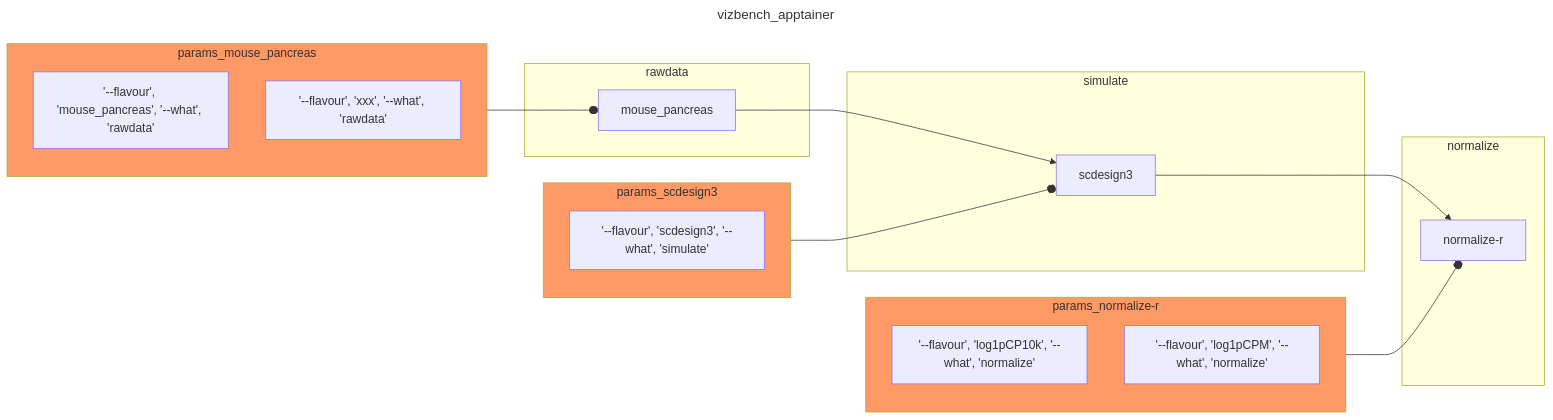
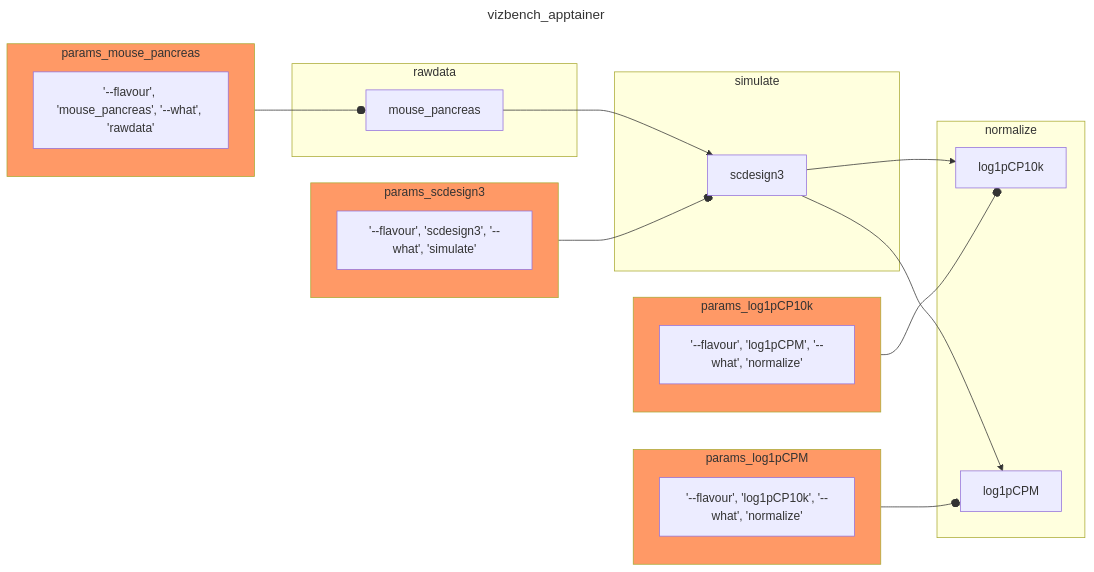
One commit to markrobinsonuzh/vizbench-benchmark changed the diagram in vizbench.mmd. Above: the diagram before and after it, drawn with Mermaid. The commit also changed 2 other files, not shown here.

```diff
--- a/vizbench.mmd
+++ b/vizbench.mmd
@@ -1,30 +1,34 @@
 ---
 title: vizbench_apptainer
 ---
 flowchart LR
 	classDef param fill:#f96
 	subgraph rawdata
 		mouse_pancreas
 	end
 	subgraph simulate
 		scdesign3
 		mouse_pancreas --> scdesign3
 	end
 	subgraph normalize
-		normalize-r
-		scdesign3 --> normalize-r
+		log1pCP10k
+		scdesign3 --> log1pCP10k
+		log1pCPM
+		scdesign3 --> log1pCPM
 	end
 	subgraph params_mouse_pancreas
 		fc73cbc33384e8af805caeef63502009dc5d075fed448a55aa108e5cf0fc651a['--flavour', 'mouse_pancreas', '--what', 'rawdata']
-		340b6408e2c48fb9c368678a0f78807faecaa2c1631b08187b0a91f881c3ab13['--flavour', 'xxx', '--what', 'rawdata']
 	end
 	params_mouse_pancreas:::param --o mouse_pancreas
 	subgraph params_scdesign3
 		06aea85bb999c0398a2a7c1a08e86d1b422d4e47769d50f09d32814fd33901c2['--flavour', 'scdesign3', '--what', 'simulate']
 	end
 	params_scdesign3:::param --o scdesign3
-	subgraph params_normalize-r
-		d895128a3df90e482e6b5463b5194dd9c30ffe920969a1080b853c96298efbba['--flavour', 'log1pCP10k', '--what', 'normalize']
+	subgraph params_log1pCP10k
 		e20ecb3e2b36a2aac4acc23942f4db971db9ff1df7da16379f2827a9ae1c1f2d['--flavour', 'log1pCPM', '--what', 'normalize']
 	end
-	params_normalize-r:::param --o normalize-r
+	params_log1pCP10k:::param --o log1pCP10k
+	subgraph params_log1pCPM
+		d895128a3df90e482e6b5463b5194dd9c30ffe920969a1080b853c96298efbba['--flavour', 'log1pCP10k', '--what', 'normalize']
+	end
+	params_log1pCPM:::param --o log1pCPM
```
